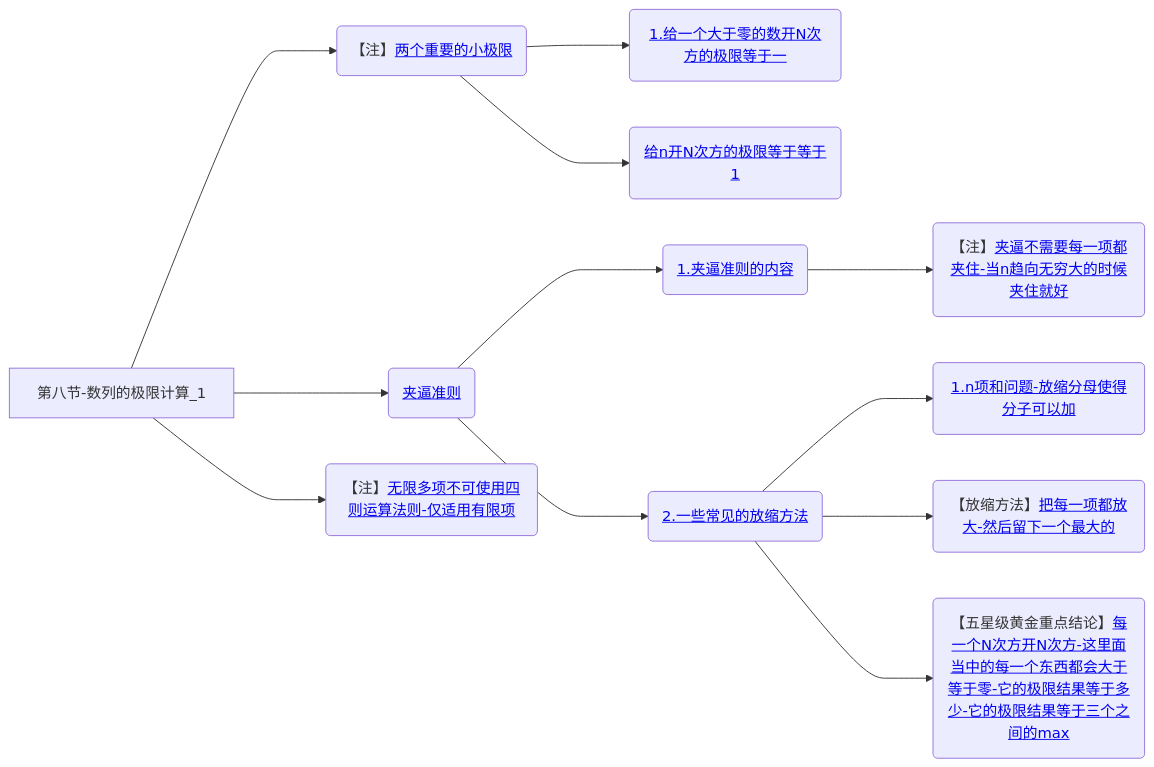
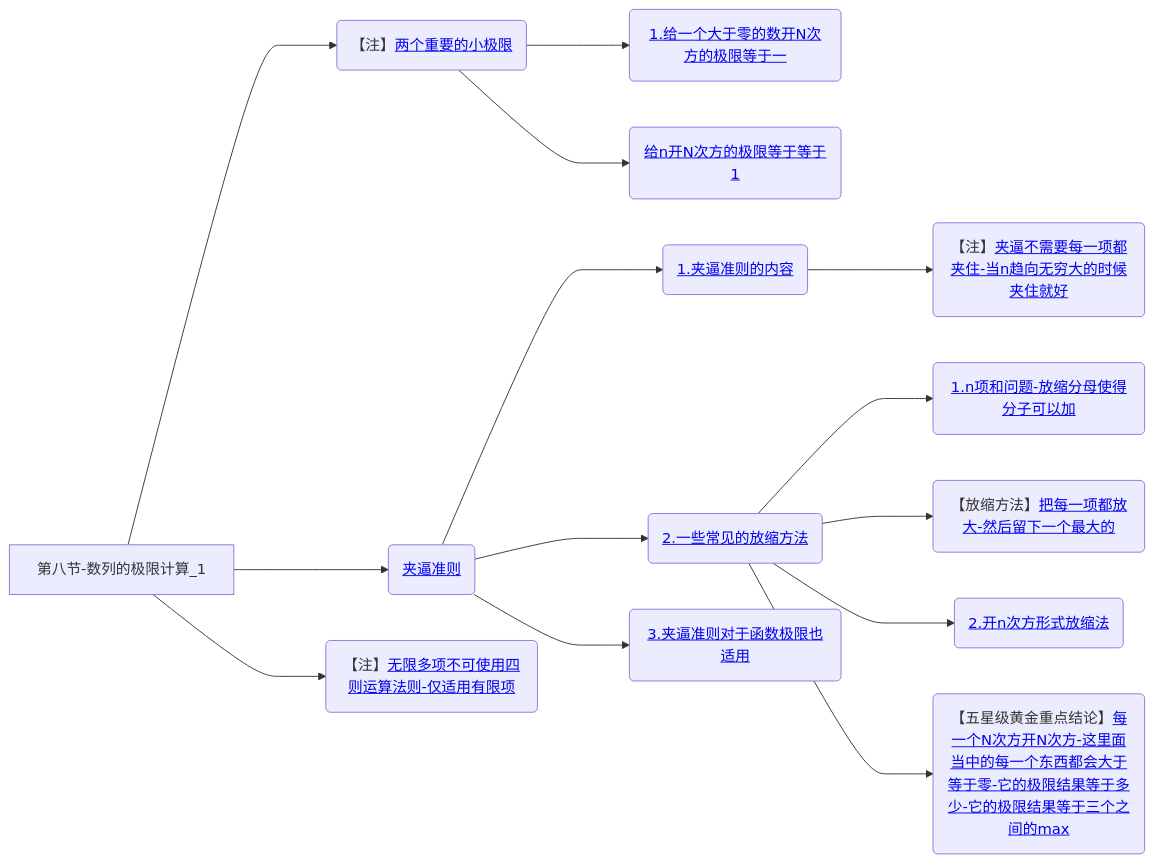
The eighth of 8 diagrams in 笔记/数学/周洋鑫/01.基础班思维导图.md (yuebinghui/note), drawn with Mermaid before and after one commit. The commit also changed 4 other files, not shown here.

````diff
--- a/笔记/数学/周洋鑫/01.基础班思维导图.md
+++ b/笔记/数学/周洋鑫/01.基础班思维导图.md
@@ -311,19 +311,23 @@
 ```mermaid
 graph LR
 第八节-数列的极限计算_1
 
 第八节-数列的极限计算_1--->两个重要的小极限(【注】<a href="/Users/yuebinghui/Documents/program/github/note/笔记/数学/周洋鑫/基础班/08.数列的极限计算_1.md#两个重要的小极限">两个重要的小极限</>)
 两个重要的小极限--->1.给一个大于零的数开N次方的极限等于一(<a href="/Users/yuebinghui/Documents/program/github/note/笔记/数学/周洋鑫/基础班/08.数列的极限计算_1.md#1.给一个大于零的数开N次方的极限等于一">1.给一个大于零的数开N次方的极限等于一</>)
 两个重要的小极限--->给n开N次方的极限等于等于1(<a href="/Users/yuebinghui/Documents/program/github/note/笔记/数学/周洋鑫/基础班/08.数列的极限计算_1.md#给n开N次方的极限等于等于1">给n开N次方的极限等于等于1</>)
 
 第八节-数列的极限计算_1--->夹逼准则(<a href="/Users/yuebinghui/Documents/program/github/note/笔记/数学/周洋鑫/基础班/08.数列的极限计算_1.md#夹逼准则">夹逼准则</>)
 夹逼准则--->1.夹逼准则的内容(<a href="/Users/yuebinghui/Documents/program/github/note/笔记/数学/周洋鑫/基础班/08.数列的极限计算_1.md#1.夹逼准则的内容">1.夹逼准则的内容</>)
 1.夹逼准则的内容--->夹逼不需要每一项都夹住-当n趋向无穷大的时候夹住就好(【注】<a href="/Users/yuebinghui/Documents/program/github/note/笔记/数学/周洋鑫/基础班/08.数列的极限计算_1.md#夹逼不需要每一项都夹住-当n趋向无穷大的时候夹住就好">夹逼不需要每一项都夹住-当n趋向无穷大的时候夹住就好</>)
 
 第八节-数列的极限计算_1--->无限多项不可使用四则运算法则-仅适用有限项(【注】<a href="/Users/yuebinghui/Documents/program/github/note/笔记/数学/周洋鑫/基础班/08.数列的极限计算_1.md#无限多项不可使用四则运算法则-仅适用有限项">无限多项不可使用四则运算法则-仅适用有限项</>)
 
 夹逼准则--->2.一些常见的放缩方法(<a href="/Users/yuebinghui/Documents/program/github/note/笔记/数学/周洋鑫/基础班/08.数列的极限计算_1.md#2.一些常见的放缩方法">2.一些常见的放缩方法</>)
 2.一些常见的放缩方法--->1.n项和问题-放缩分母使得分子可以加(<a href="/Users/yuebinghui/Documents/program/github/note/笔记/数学/周洋鑫/基础班/08.数列的极限计算_1.md#1.n项和问题-放缩分母使得分子可以加">1.n项和问题-放缩分母使得分子可以加</>)
 2.一些常见的放缩方法--->把每一项都放大-然后留下一个最大的(【放缩方法】<a href="/Users/yuebinghui/Documents/program/github/note/笔记/数学/周洋鑫/基础班/08.数列的极限计算_1.md#把每一项都放大-然后留下一个最大的">把每一项都放大-然后留下一个最大的</>)
+2.一些常见的放缩方法--->2.开n次方形式放缩法(<a href="/Users/yuebinghui/Documents/program/github/note/笔记/数学/周洋鑫/基础班/08.数列的极限计算_1.md#2.开n次方形式放缩法">2.开n次方形式放缩法</>)
 2.一些常见的放缩方法--->每一个N次方开N次方-这里面当中的每一个东西都会大于等于零-它的极限结果等于多少-它的极限结果等于三个之间的max(【五星级黄金重点结论】<a href="/Users/yuebinghui/Documents/program/github/note/笔记/数学/周洋鑫/基础班/08.数列的极限计算_1.md#每一个N次方开N次方-这里面当中的每一个东西都会大于等于零-它的极限结果等于多少-它的极限结果等于三个之间的max">每一个N次方开N次方-这里面当中的每一个东西都会大于等于零-它的极限结果等于多少-它的极限结果等于三个之间的max</>)
+
+夹逼准则--->3.夹逼准则对于函数极限也适用(<a href="/Users/yuebinghui/Documents/program/github/note/笔记/数学/周洋鑫/基础班/08.数列的极限计算_1.md#3.夹逼准则对于函数极限也适用">3.夹逼准则对于函数极限也适用</>)
+
 ```
````
